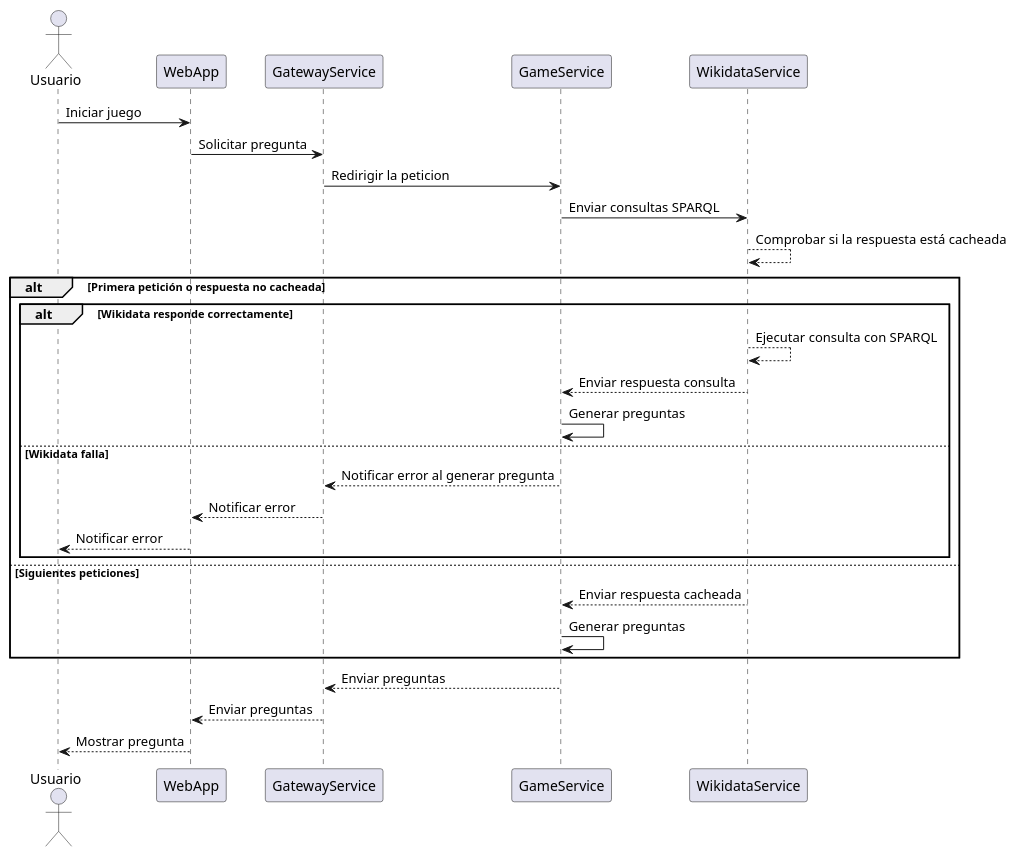
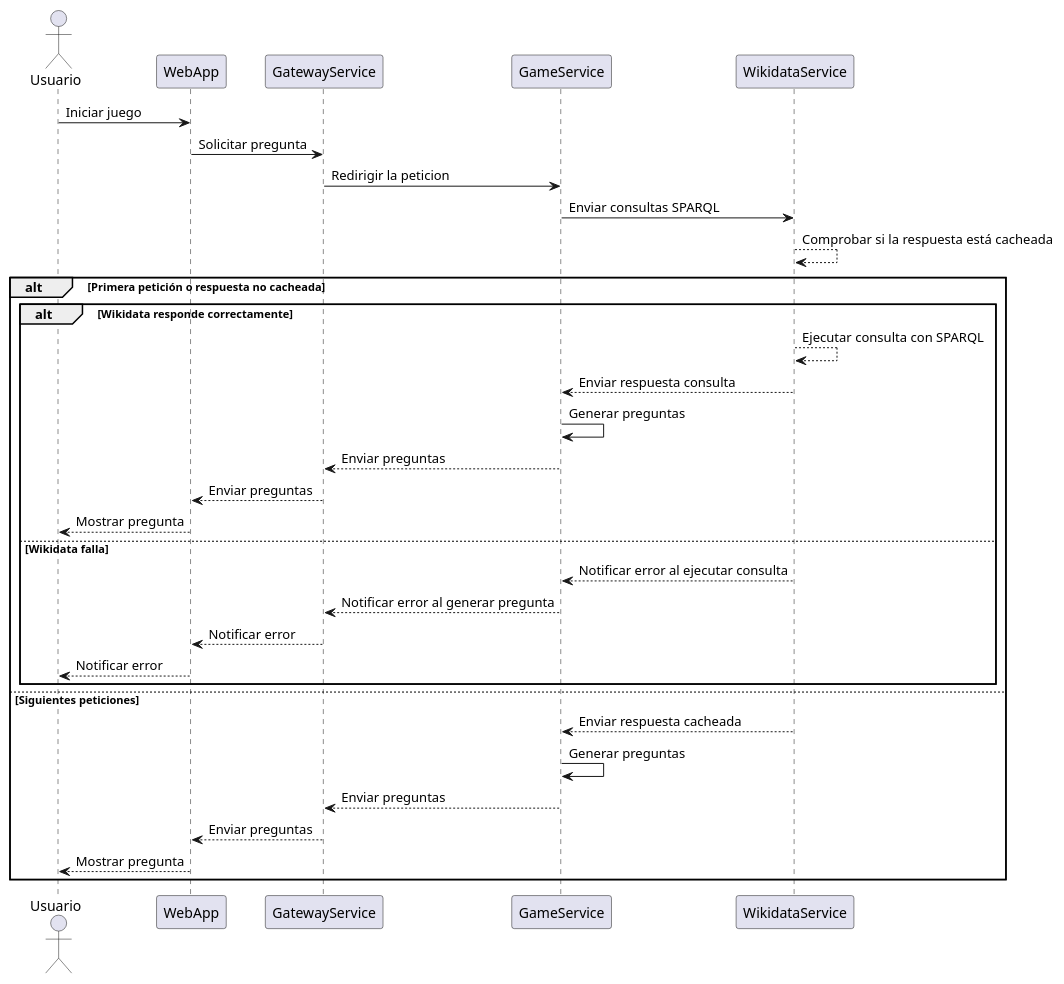
The third of 5 diagrams in docs/src/06_runtime_view.adoc (Arquisoft/wichat_es5b), drawn with PlantUML before and after one commit. The commit also changed other lines of this file and 2 other files, not shown here.

Commit message:
Cambios en los puntos 6, 7 y 8

```diff
--- a/docs/src/06_runtime_view.adoc
+++ b/docs/src/06_runtime_view.adoc
@@ -105,36 +105,41 @@
 [plantuml,"Generacion de pregunta",png]
 ----
 @startuml
 
 actor Usuario
 participant "WebApp" as WebApp
 participant "GatewayService" as GatewayService
 participant "GameService" as GameService
 participant "WikidataService" as WikidataService
 
 Usuario -> WebApp: Iniciar juego
 WebApp -> GatewayService: Solicitar pregunta
 GatewayService -> GameService: Redirigir la peticion
 GameService -> WikidataService: Enviar consultas SPARQL
 
 WikidataService --> WikidataService: Comprobar si la respuesta está cacheada
 alt Primera petición o respuesta no cacheada
 alt Wikidata responde correctamente
     WikidataService --> WikidataService: Ejecutar consulta con SPARQL
     WikidataService --> GameService: Enviar respuesta consulta
     GameService -> GameService: Generar preguntas
+    GameService --> GatewayService: Enviar preguntas
+    GatewayService --> WebApp: Enviar preguntas
+    WebApp --> Usuario: Mostrar pregunta
 else Wikidata falla
+    WikidataService --> GameService: Notificar error al ejecutar consulta
     GameService --> GatewayService: Notificar error al generar pregunta
     GatewayService --> WebApp: Notificar error
     WebApp --> Usuario: Notificar error
 end
 else Siguientes peticiones
      WikidataService --> GameService: Enviar respuesta cacheada
      GameService -> GameService: Generar preguntas
+     GameService --> GatewayService: Enviar preguntas
+     GatewayService --> WebApp: Enviar preguntas
+     WebApp --> Usuario: Mostrar pregunta
 end
-GameService --> GatewayService: Enviar preguntas
-GatewayService --> WebApp: Enviar preguntas
-WebApp --> Usuario: Mostrar pregunta
+
 
 @enduml
 ----
```
